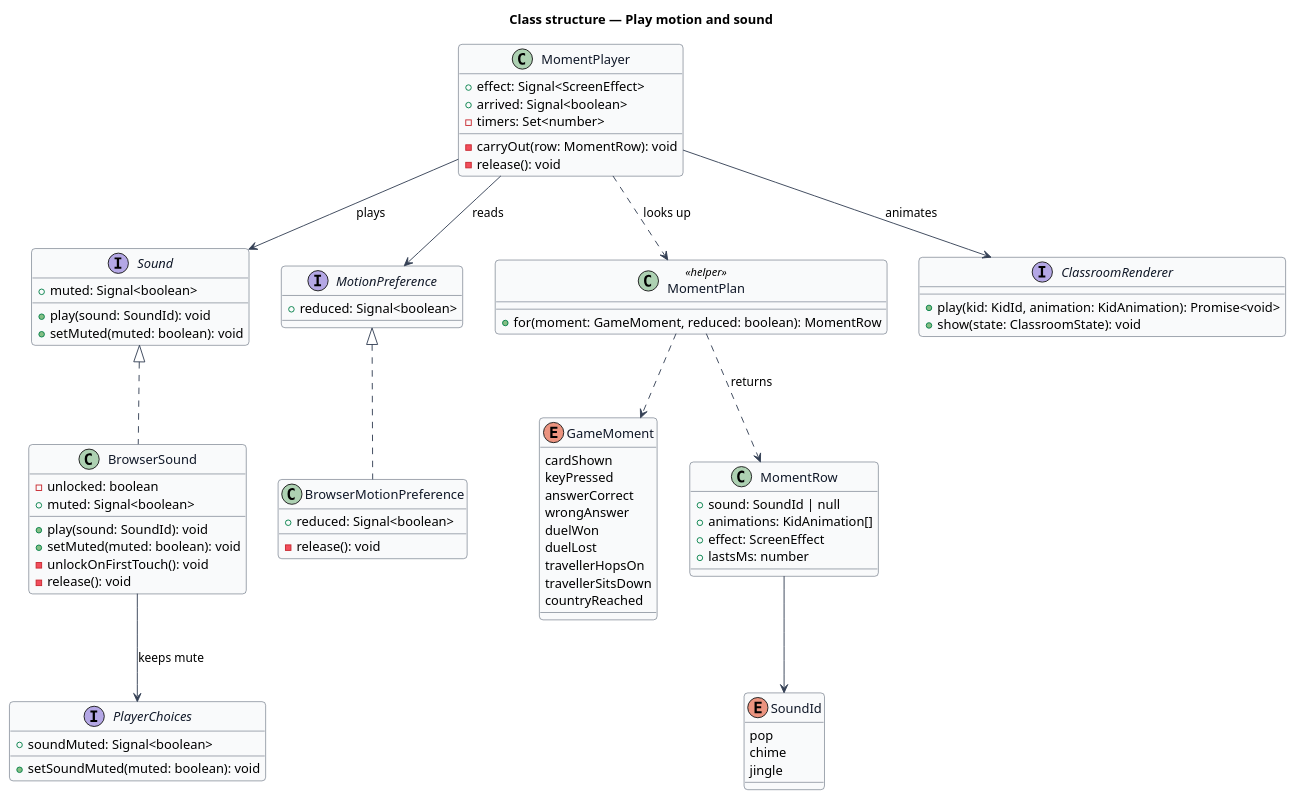
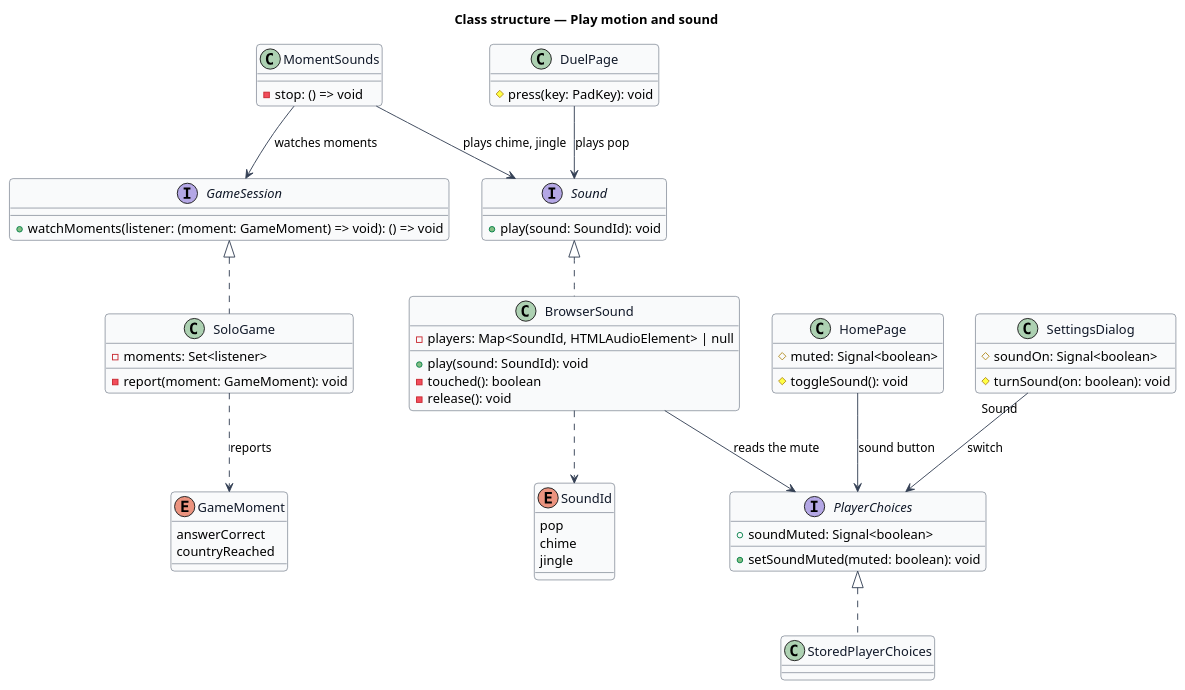
Before and after one commit to QuinntyneBrown/around-the-world: the diagram in docs/detailed-designs/classroom/play-motion-and-sound/diagrams/class-structure.puml, drawn with PlantUML. The commit also changed 25 other files, not shown here.

First line of the commit message:
Decide how motion and sound play: the fade token, the sounds and the mute

```diff
--- a/docs/detailed-designs/classroom/play-motion-and-sound/diagrams/class-structure.puml
+++ b/docs/detailed-designs/classroom/play-motion-and-sound/diagrams/class-structure.puml
@@ -1,87 +1,72 @@
 @startuml
 ' --- shared skin header ---
 skinparam backgroundColor #FFFFFF
 skinparam shadowing false
 skinparam roundcorner 8
 skinparam defaultFontName Arial
 skinparam ArrowColor #344054
 skinparam class {
   BorderColor #344054
   FontColor #101828
   BackgroundColor #F9FAFB
 }
 ' --------------------------
 title Class structure — Play motion and sound
 
 enum GameMoment {
-  cardShown
-  keyPressed
   answerCorrect
-  wrongAnswer
-  duelWon
-  duelLost
-  travellerHopsOn
-  travellerSitsDown
   countryReached
 }
 enum SoundId {
   pop
   chime
   jingle
 }
+interface GameSession {
+  +watchMoments(listener: (moment: GameMoment) => void): () => void
+}
+class SoloGame {
+  -moments: Set<listener>
+  -report(moment: GameMoment): void
+}
 interface Sound {
-  +muted: Signal<boolean>
   +play(sound: SoundId): void
-  +setMuted(muted: boolean): void
 }
 class BrowserSound {
-  -unlocked: boolean
-  +muted: Signal<boolean>
+  -players: Map<SoundId, HTMLAudioElement> | null
   +play(sound: SoundId): void
-  +setMuted(muted: boolean): void
-  -unlockOnFirstTouch(): void
+  -touched(): boolean
   -release(): void
-}
-interface MotionPreference {
-  +reduced: Signal<boolean>
-}
-class BrowserMotionPreference {
-  +reduced: Signal<boolean>
-  -release(): void
-}
-class MomentPlan <<helper>> {
-  +for(moment: GameMoment, reduced: boolean): MomentRow
-}
-class MomentRow {
-  +sound: SoundId | null
-  +animations: KidAnimation[]
-  +effect: ScreenEffect
-  +lastsMs: number
-}
-class MomentPlayer {
-  +effect: Signal<ScreenEffect>
-  +arrived: Signal<boolean>
-  -timers: Set<number>
-  -carryOut(row: MomentRow): void
-  -release(): void
-}
-interface ClassroomRenderer {
-  +play(kid: KidId, animation: KidAnimation): Promise<void>
-  +show(state: ClassroomState): void
 }
 interface PlayerChoices {
   +soundMuted: Signal<boolean>
   +setSoundMuted(muted: boolean): void
 }
+class StoredPlayerChoices
+class MomentSounds {
+  -stop: () => void
+}
+class DuelPage {
+  #press(key: PadKey): void
+}
+class HomePage {
+  #muted: Signal<boolean>
+  #toggleSound(): void
+}
+class SettingsDialog {
+  #soundOn: Signal<boolean>
+  #turnSound(on: boolean): void
+}
 
+GameSession <|.. SoloGame
 Sound <|.. BrowserSound
-MotionPreference <|.. BrowserMotionPreference
-BrowserSound --> PlayerChoices : keeps mute
-MomentPlan ..> MomentRow : returns
-MomentPlan ..> GameMoment
-MomentRow --> SoundId
-MomentPlayer ..> MomentPlan : looks up
-MomentPlayer --> Sound : plays
-MomentPlayer --> MotionPreference : reads
-MomentPlayer --> ClassroomRenderer : animates
+PlayerChoices <|.. StoredPlayerChoices
+SoloGame ..> GameMoment : reports
+BrowserSound --> PlayerChoices : reads the mute
+BrowserSound ..> SoundId
+MomentSounds --> GameSession : watches moments
+MomentSounds --> Sound : plays chime, jingle
+DuelPage --> Sound : plays pop
+HomePage --> PlayerChoices : sound button
+SettingsDialog --> PlayerChoices : "Sound" switch
 @enduml
```
